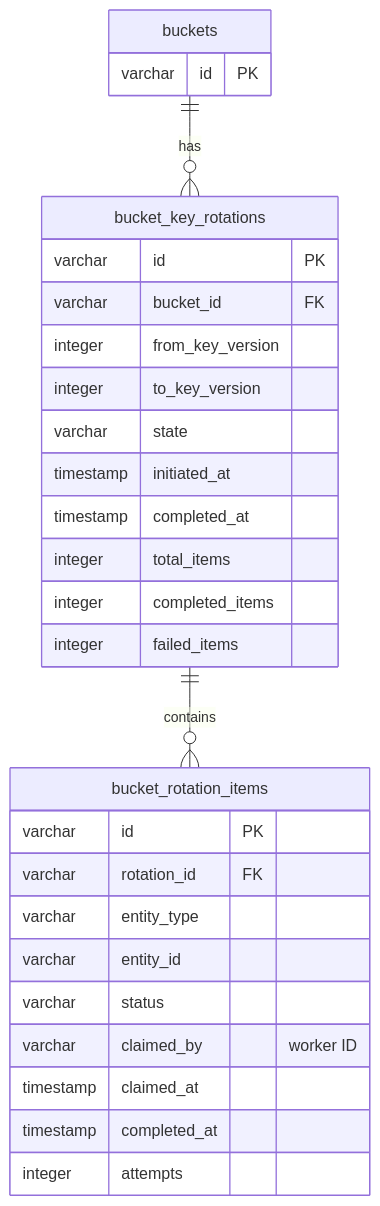
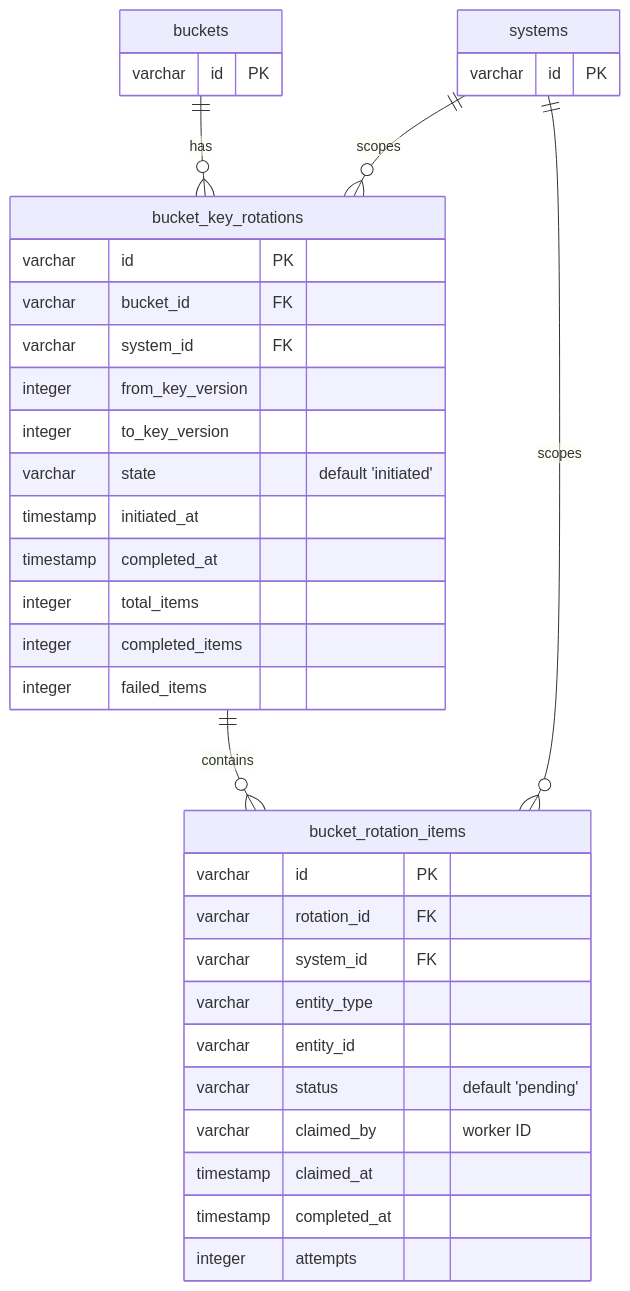
One commit to ThePrismSystem/pluralscape-mono changed diagram 20 of 22 in docs/database-schema.md. Above: the diagram before and after it, drawn with Mermaid. The commit also changed other lines of this file and 25 other files, not shown here.

````diff
--- a/docs/database-schema.md
+++ b/docs/database-schema.md
@@ -1076,34 +1109,42 @@
 ```mermaid
 erDiagram
     buckets {
         varchar id PK
     }
 
+    systems {
+        varchar id PK
+    }
+
     bucket_key_rotations {
         varchar id PK
         varchar bucket_id FK
+        varchar system_id FK
         integer from_key_version
         integer to_key_version
-        varchar state
+        varchar state "default 'initiated'"
         timestamp initiated_at
         timestamp completed_at
         integer total_items
         integer completed_items
         integer failed_items
     }
 
     bucket_rotation_items {
         varchar id PK
         varchar rotation_id FK
+        varchar system_id FK
         varchar entity_type
         varchar entity_id
-        varchar status
+        varchar status "default 'pending'"
         varchar claimed_by "worker ID"
         timestamp claimed_at
         timestamp completed_at
         integer attempts
     }
 
     buckets ||--o{ bucket_key_rotations : "has"
+    systems ||--o{ bucket_key_rotations : "scopes"
     bucket_key_rotations ||--o{ bucket_rotation_items : "contains"
+    systems ||--o{ bucket_rotation_items : "scopes"
 ```
````
